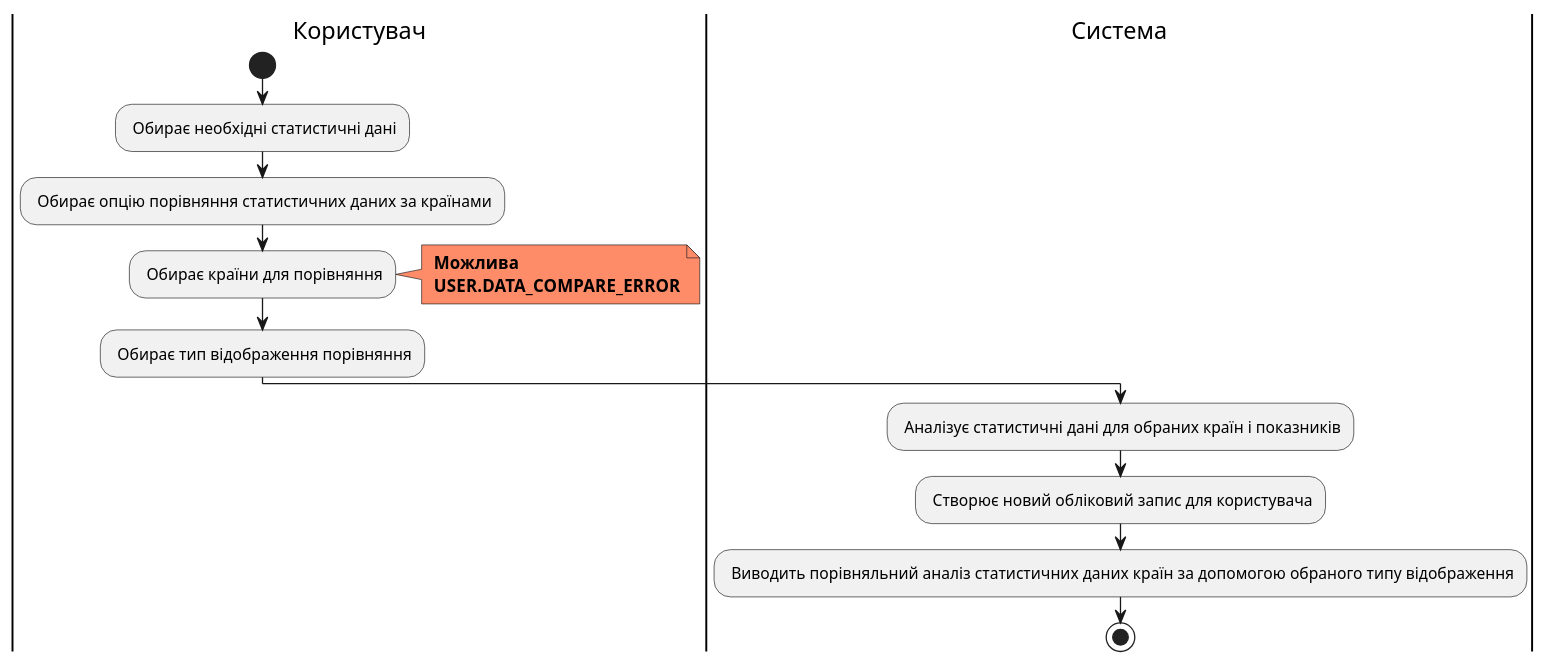
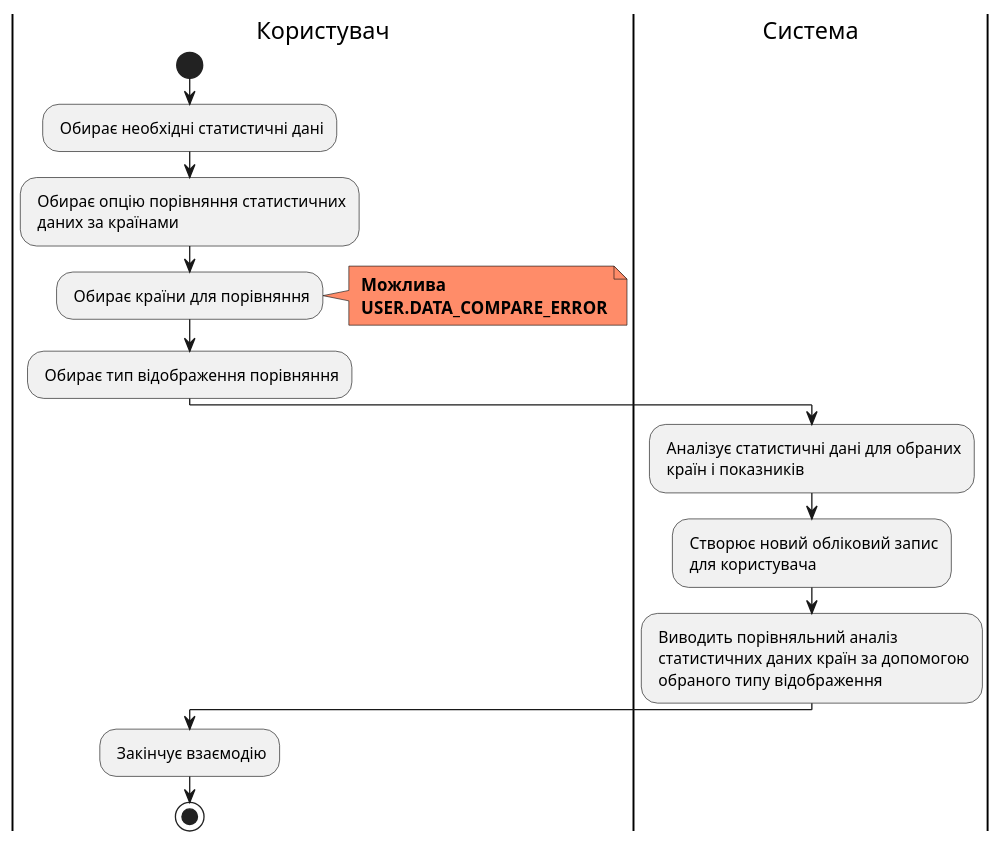
Before and after one commit to edu-db/edu_db_labs: the tenth of 19 diagrams in docs/use cases/README.md, drawn with PlantUML. The commit also changed other lines of this file, not shown here.

```diff
--- a/docs/use cases/README.md
+++ b/docs/use cases/README.md
@@ -622,23 +625,26 @@
 @startuml
 
 |Користувач|
 start;
 : Обирає необхідні статистичні дані;
-: Обирає опцію порівняння статистичних даних за країнами;
+: Обирає опцію порівняння статистичних\n даних за країнами;
 : Обирає країни для порівняння;
 
 note right #ff8c69
 <b> Можлива
 <b> USER.DATA_COMPARE_ERROR
 end note
 
 : Обирає тип відображення порівняння;
 
 |Система|
-: Аналізує статистичні дані для обраних країн і показників;
+: Аналізує статистичні дані для обраних\n країн і показників;
 
-: Створює новий обліковий запис для користувача;
-: Виводить порівняльний аналіз статистичних даних країн за допомогою обраного типу відображення;
+: Створює новий обліковий запис\n для користувача;
+: Виводить порівняльний аналіз\n статистичних даних країн за допомогою\n обраного типу відображення;
+
+|Користувач|
+: Закінчує взаємодію;
   stop;
 
 @enduml
```
